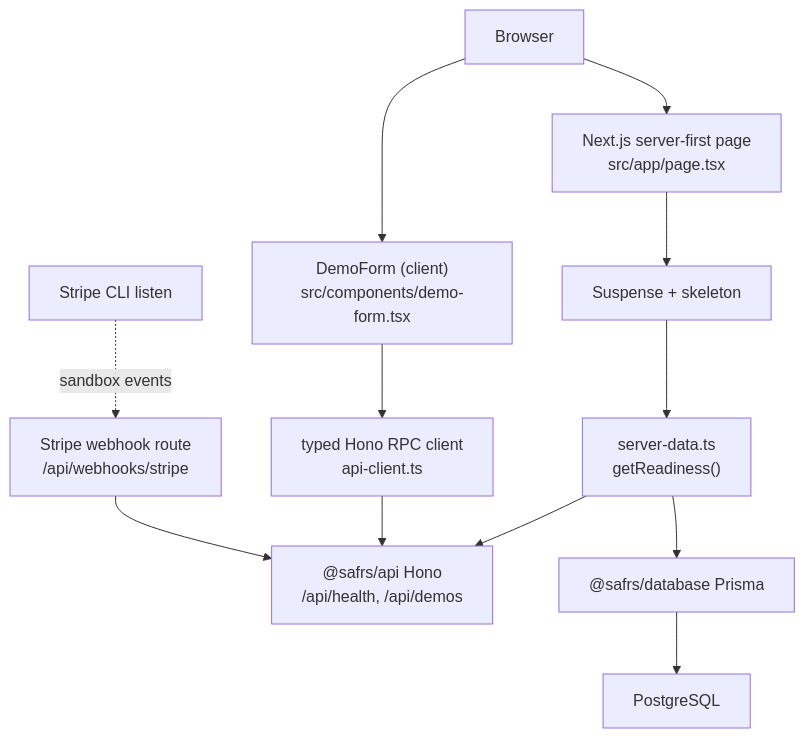
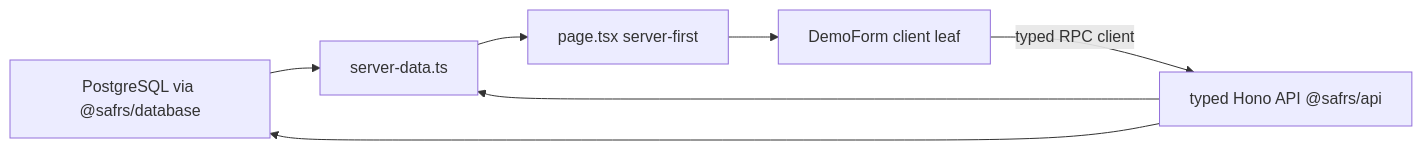
One commit to drferdii/Monorepo-safrs changed the diagram in sentrawiki/apps/golden-path-web.md. Above: the diagram before and after it, drawn with Mermaid. The commit also changed other lines of this file and 34 other files, not shown here.

````diff
--- a/sentrawiki/apps/golden-path-web.md
+++ b/sentrawiki/apps/golden-path-web.md
@@ -82,26 +38,9 @@
 ```mermaid
-graph TD
-    B["Browser"]
-    NF["Next.js server-first page<br/>src/app/page.tsx"]
-    SUSP["Suspense + skeleton"]
-    SD["server-data.ts<br/>getReadiness()"]
-    API["@safrs/api Hono<br/>/api/health, /api/demos"]
-    DB["@safrs/database Prisma"]
-    PG["PostgreSQL"]
-    FORM["DemoForm (client)<br/>src/components/demo-form.tsx"]
-    HC["typed Hono RPC client<br/>api-client.ts"]
-    STR["Stripe webhook route<br/>/api/webhooks/stripe"]
-    STRK["Stripe CLI listen"]
-
-    B --> NF
-    NF --> SUSP
-    SUSP --> SD
-    SD --> API
-    SD --> DB
-    DB --> PG
-    B --> FORM
-    FORM --> HC
-    HC --> API
-    STRK -.sandbox events.-> STR
-    STR --> API
+flowchart LR
+    DB[PostgreSQL via @safrs/database] --> SRV[server-data.ts]
+    API[typed Hono API @safrs/api] --> SRV
+    SRV --> PAGE[page.tsx server-first]
+    PAGE --> FORM[DemoForm client leaf]
+    FORM -->|typed RPC client| API
+    API --> DB
 ```
````
